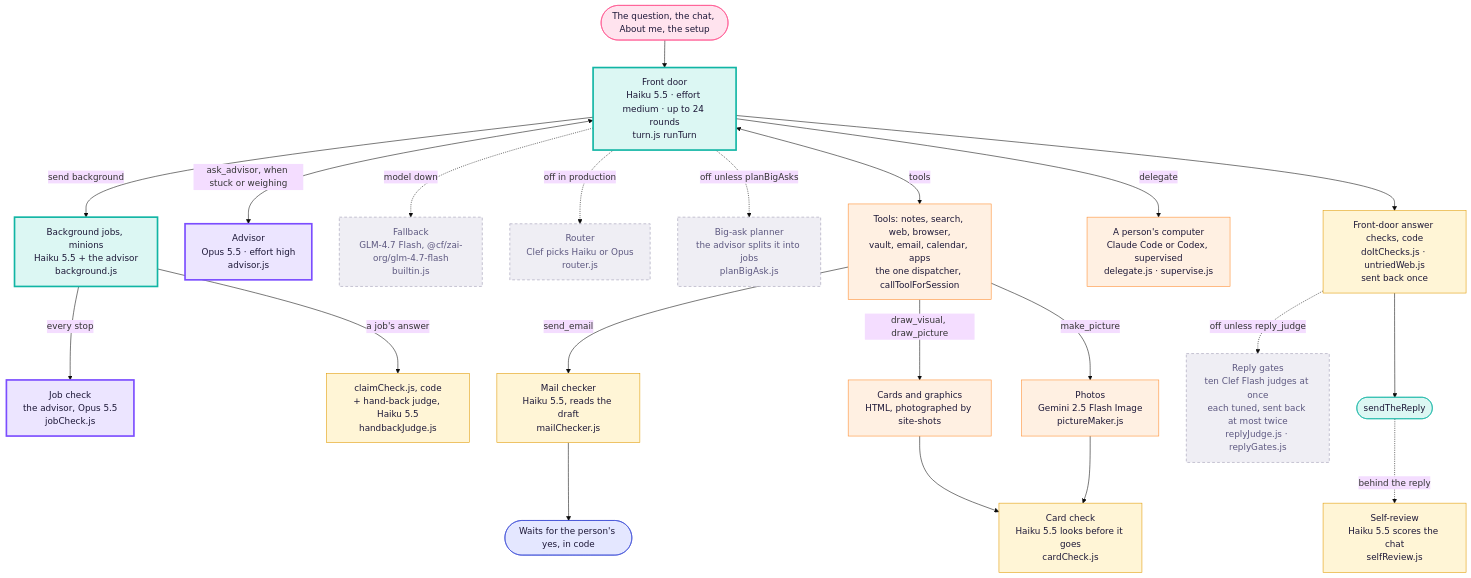
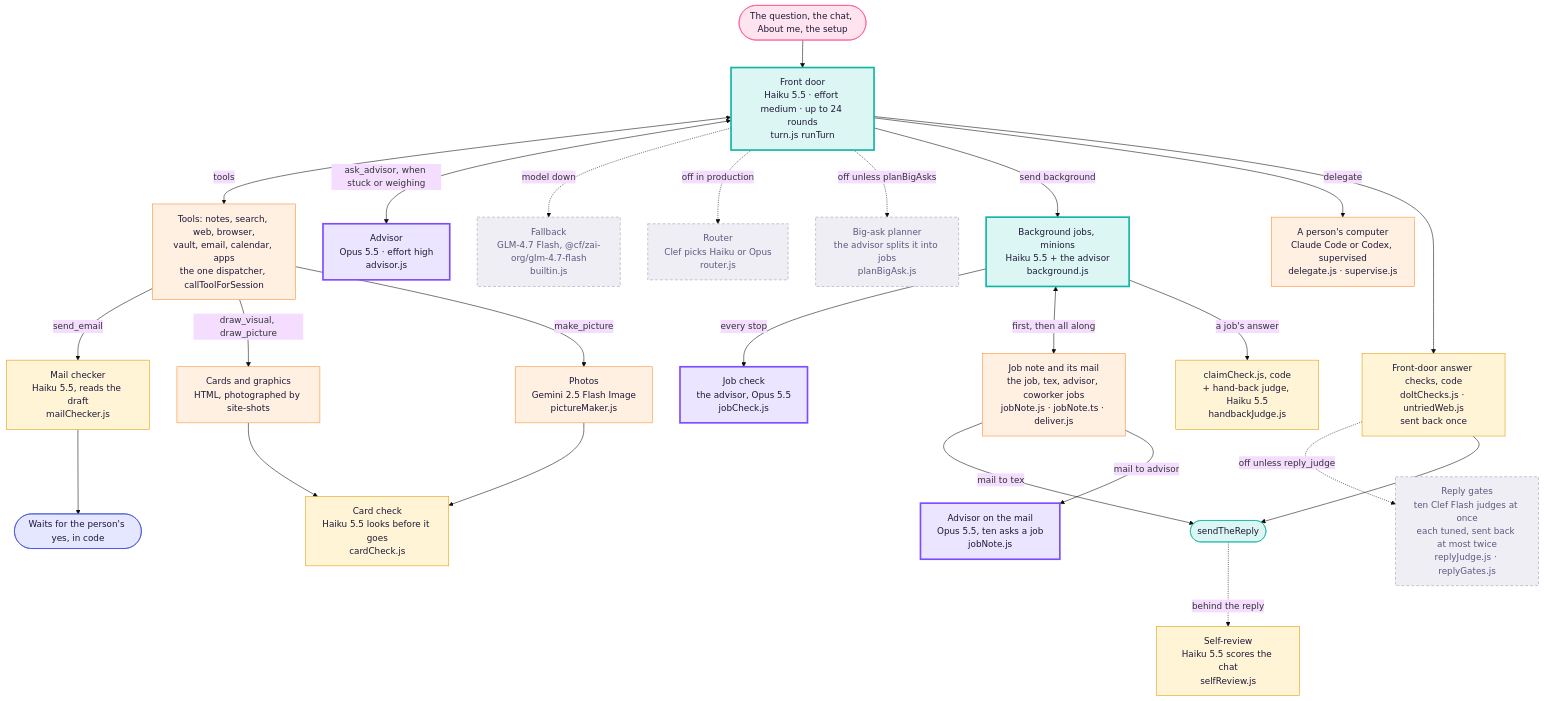
The third of 3 diagrams in docs/architecture/tex.md (Supa-Media/context), drawn with Mermaid (base theme) before and after one commit. The commit also changed other lines of this file and 22 other files, not shown here.

First line of the commit message:
Give every Tex job a shared note with Tex and the advisor on its mail (#3038)

````diff
--- a/docs/architecture/tex.md
+++ b/docs/architecture/tex.md
@@ -108,36 +108,39 @@
 ```mermaid
 flowchart TB
   Q([The question, the chat, About me, the setup]):::you --> FD
   FD["Front door<br/>Haiku 5.5 · effort medium · up to 24 rounds<br/>turn.js runTurn"]:::haiku
   FD <-->|tools| T["Tools: notes, search, web, browser,<br/>vault, email, calendar, apps<br/>the one dispatcher, callToolForSession"]:::tool
   FD <-->|ask_advisor, when stuck or weighing| ADV["Advisor<br/>Opus 5.5 · effort high<br/>advisor.js"]:::opus
   FD -. model down .-> FB["Fallback<br/>GLM-4.7 Flash, @cf/zai-org/glm-4.7-flash<br/>builtin.js"]:::off
   FD -. off in production .-> RT["Router<br/>Clef picks Haiku or Opus<br/>router.js"]:::off
   FD -. off unless planBigAsks .-> PL["Big-ask planner<br/>the advisor splits it into jobs<br/>planBigAsk.js"]:::off
 
   FD -->|send background| JOB["Background jobs, minions<br/>Haiku 5.5 + the advisor<br/>background.js"]:::haiku
   JOB -->|every stop| JC["Job check<br/>the advisor, Opus 5.5<br/>jobCheck.js"]:::opus
+  JOB <-->|first, then all along| JN["Job note and its mail<br/>the job, tex, advisor, coworker jobs<br/>jobNote.js · jobNote.ts · deliver.js"]:::tool
+  JN -->|mail to tex| SEND
+  JN -->|mail to advisor| JNA["Advisor on the mail<br/>Opus 5.5, ten asks a job<br/>jobNote.js"]:::opus
   JOB -->|a job's answer| JCK["claimCheck.js, code<br/>+ hand-back judge, Haiku 5.5<br/>handbackJudge.js"]:::judge
   FD -->|delegate| DL["A person's computer<br/>Claude Code or Codex, supervised<br/>delegate.js · supervise.js"]:::tool
 
   T -->|send_email| MC["Mail checker<br/>Haiku 5.5, reads the draft<br/>mailChecker.js"]:::judge
   MC --> YES([Waits for the person's yes, in code]):::rail
   T -->|draw_visual, draw_picture| PIC["Cards and graphics<br/>HTML, photographed by site-shots"]:::tool
   T -->|make_picture| IMG["Photos<br/>Gemini 2.5 Flash Image<br/>pictureMaker.js"]:::tool
   PIC --> CC["Card check<br/>Haiku 5.5 looks before it goes<br/>cardCheck.js"]:::judge
   IMG --> CC
 
   FD --> CHK["Front-door answer checks, code<br/>doItChecks.js · untriedWeb.js<br/>sent back once"]:::judge
   CHK -. off unless reply_judge .-> RJ["Reply gates<br/>ten Clef Flash judges at once<br/>each tuned, sent back at most twice<br/>replyJudge.js · replyGates.js"]:::off
   CHK --> SEND([sendTheReply]):::door
   SEND -. behind the reply .-> SR["Self-review<br/>Haiku 5.5 scores the chat<br/>selfReview.js"]:::judge
 
   classDef you fill:#ffe3ee,stroke:#ff4f8b,color:#1d1838
   classDef haiku fill:#dcf7f3,stroke:#11b5a4,stroke-width:3px,color:#1d1838
   classDef opus fill:#ece5ff,stroke:#7b4dff,stroke-width:3px,color:#1d1838
   classDef judge fill:#fff5d6,stroke:#e09a00,color:#1d1838
   classDef tool fill:#fff0e2,stroke:#ff8a2a,color:#1d1838
   classDef rail fill:#e4e7ff,stroke:#3c4bd6,color:#1d1838
   classDef door fill:#dcf7f3,stroke:#11b5a4,color:#1d1838
   classDef off fill:#efeef4,stroke:#9a97b0,stroke-dasharray:5 4,color:#5d5880
 ```
````
